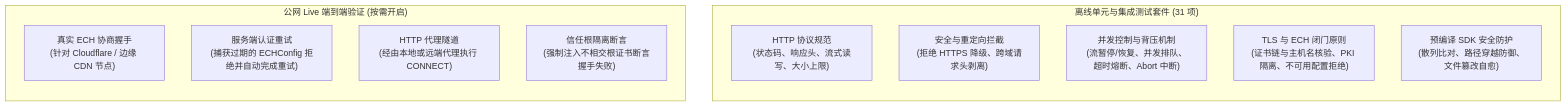
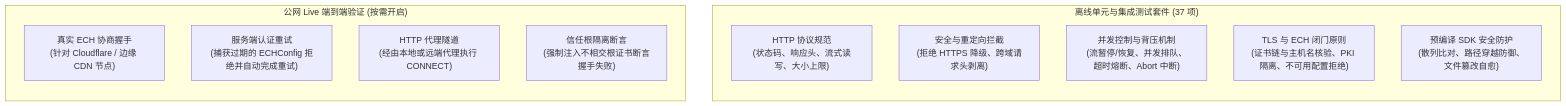
Before and after one commit to Predidit/ech_http: the diagram in doc/verification.zh-CN.md, drawn with Mermaid. The commit also changed other lines of this file and 18 other files, not shown here.

````diff
--- a/doc/verification.zh-CN.md
+++ b/doc/verification.zh-CN.md
@@ -49,19 +54,19 @@
 ```mermaid
 flowchart TD
-    subgraph OfflineSuite["离线单元与集成测试套件 (31 项)"]
+    subgraph OfflineSuite["离线单元与集成测试套件 (37 项)"]
         direction TB
         T1["HTTP 协议规范\n(状态码、响应头、流式读写、大小上限)"]
         T2["安全与重定向拦截\n(拒绝 HTTPS 降级、跨域请求头剥离)"]
         T3["并发控制与背压机制\n(流暂停/恢复、并发排队、超时熔断、Abort 中断)"]
         T4["TLS 与 ECH 闭门原则\n(证书链与主机名核验、PKI 隔离、不可用配置拒绝)"]
         T5["预编译 SDK 安全防护\n(散列比对、路径穿越防御、文件篡改自愈)"]
     end
 
     subgraph LiveSuite["公网 Live 端到端验证 (按需开启)"]
         direction TB
         L1["真实 ECH 协商握手\n(针对 Cloudflare / 边缘 CDN 节点)"]
         L2["服务端认证重试\n(捕获过期的 ECHConfig 拒绝并自动完成重试)"]
         L3["HTTP 代理隧道\n(经由本地或远端代理执行 CONNECT)"]
         L4["信任根隔离断言\n(强制注入不相交根证书断言握手失败)"]
     end
 ```
````
